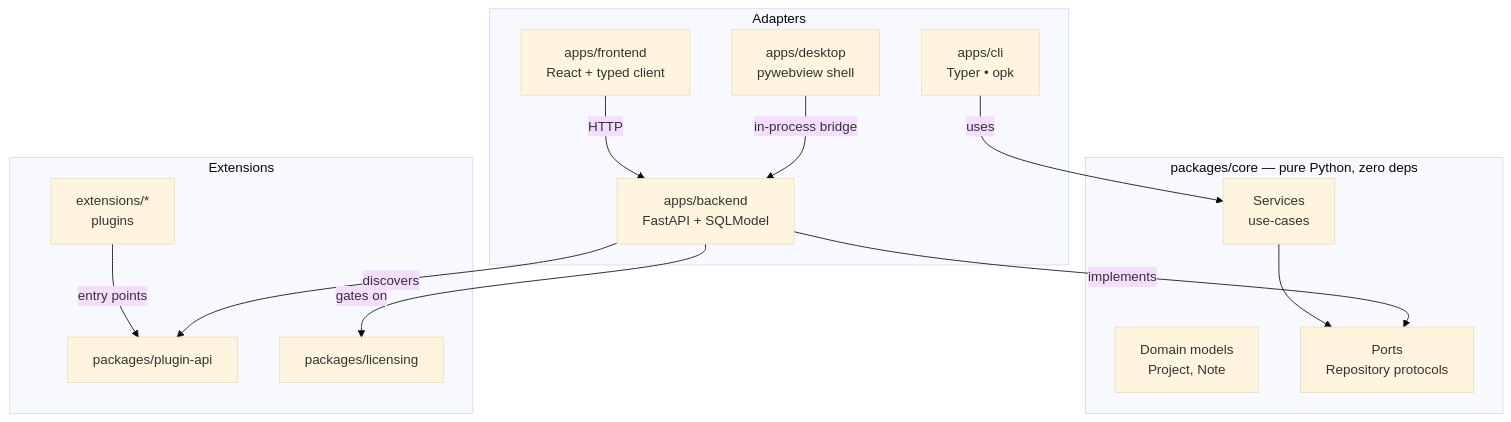
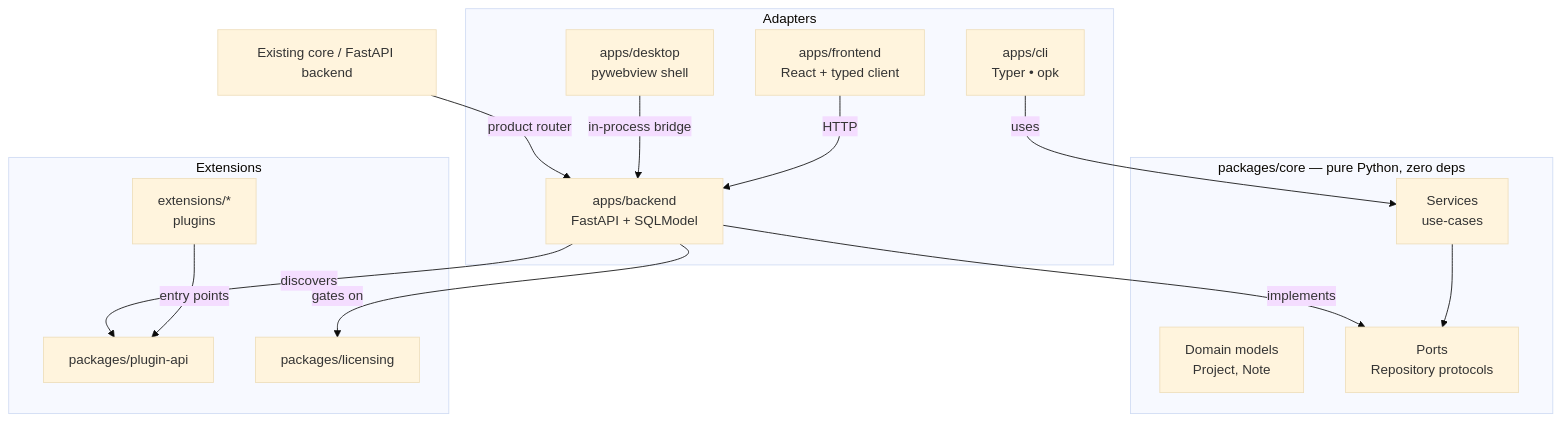
One commit to ravipurohit1991/OpenProductKit changed the diagram in docs/architecture.md. Above: the diagram before and after it, drawn with Mermaid (base theme). The commit also changed other lines of this file and 23 other files, not shown here.

````diff
--- a/docs/architecture.md
+++ b/docs/architecture.md
@@ -5,30 +5,31 @@
 ```mermaid
 flowchart TD
     subgraph core["packages/core — pure Python, zero deps"]
         D[Domain models<br/>Project, Note]
         P[Ports<br/>Repository protocols]
         S[Services<br/>use-cases]
     end
 
     subgraph adapters["Adapters"]
         BE[apps/backend<br/>FastAPI + SQLModel]
         CLI[apps/cli<br/>Typer &bull; opk]
         FE[apps/frontend<br/>React + typed client]
         DT[apps/desktop<br/>pywebview shell]
     end
 
     subgraph ext["Extensions"]
         PA[packages/plugin-api]
         LIC[packages/licensing]
         PL[extensions/*<br/>plugins]
     end
 
     S --> P
     BE -->|implements| P
     CLI -->|uses| S
     FE -->|HTTP| BE
     DT -->|in-process bridge| BE
     PL -->|entry points| PA
     BE -->|discovers| PA
     BE -->|gates on| LIC
+    BYO[Existing core / FastAPI backend] -->|product router| BE
 ```
````
